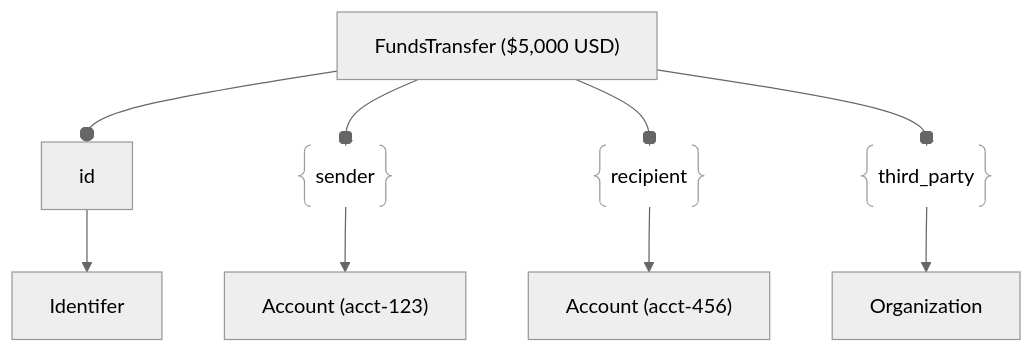
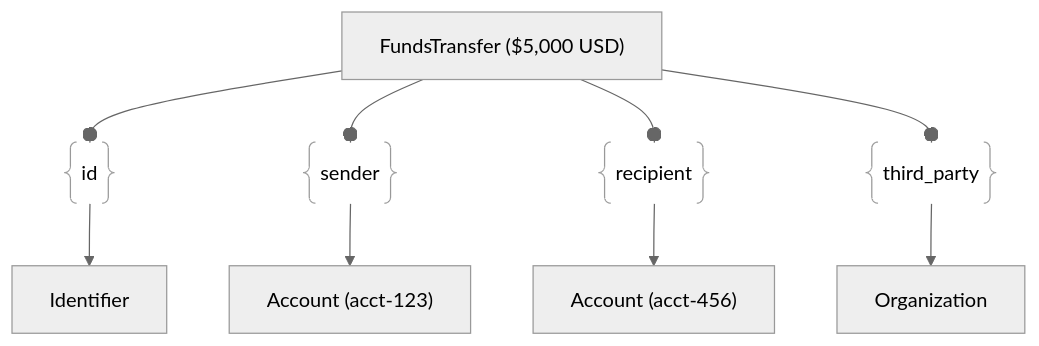
The diagram in docs/open_asset_model/assets/funds_transfer.md (owasp-amass/docs), drawn with Mermaid (neutral theme) before and after one commit. The commit also changed other lines of this file and 105 other files, not shown here.

````diff
--- a/docs/open_asset_model/assets/funds_transfer.md
+++ b/docs/open_asset_model/assets/funds_transfer.md
@@ -34,23 +52,23 @@
 ```mermaid
 graph TD
 transfer["FundsTransfer ($5,000 USD)"]
-ident["Identifer"]
-idRel@{ shape, braces, label: "id" }
+ident["Identifier"]
+idRel@{ shape: braces, label: "id" }
 transfer --o idRel
 idRel --> ident
 
 acct1["Account (acct-123)"]
 fromRel@{ shape: braces, label: "sender" }
 transfer --o fromRel
 fromRel --> acct1
 
 acct2["Account (acct-456)"]
 toRel@{ shape: braces, label: "recipient" }
 transfer --o toRel
 toRel --> acct2
 
 org["Organization"]
 third@{ shape: braces, label: "third_party" }
 transfer --o third
 third --> org
 ```
````
